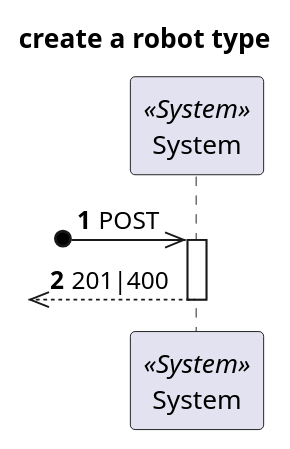
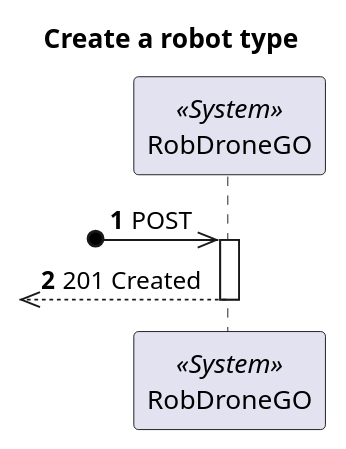
One commit to 1210910/lapr5 changed the diagram in docs/VistaProcesso/US350/ProcessView_Level1_US350.puml. Above: the diagram before and after it, drawn with PlantUML. The commit also changed 5 other files, not shown here.

```diff
--- a/docs/VistaProcesso/US350/ProcessView_Level1_US350.puml
+++ b/docs/VistaProcesso/US350/ProcessView_Level1_US350.puml
@@ -1,18 +1,18 @@
 @startuml
 'https://plantuml.com/sequence-diagram
 
 autonumber
 skinparam packageStyle rect
 
-title create a robot type
+title Create a robot type
 
-participant "System" as Sys <<System>>
+participant "RobDroneGO" as Sys <<System>>
 
 ?o->> Sys : POST
 
 activate Sys
-?o<<-- Sys : 201|400
+?o<<-- Sys : 201 Created
 deactivate Sys
 
 
 @enduml
```
